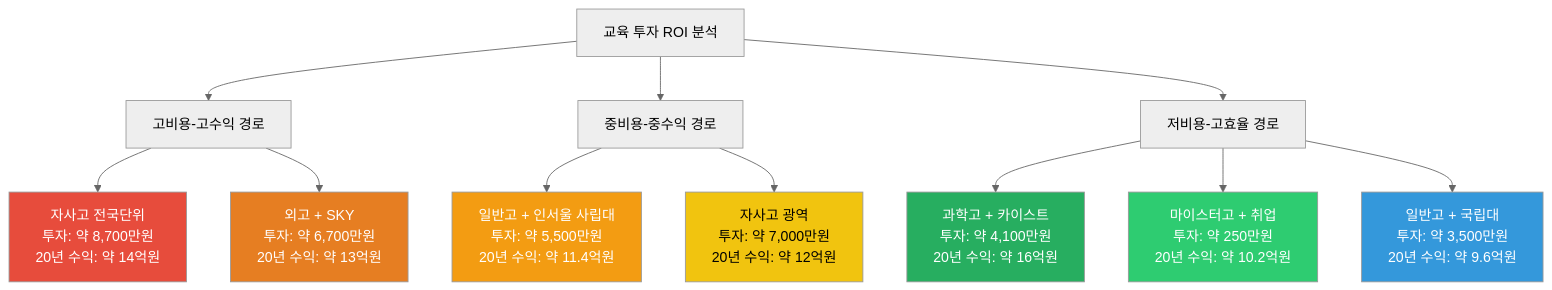
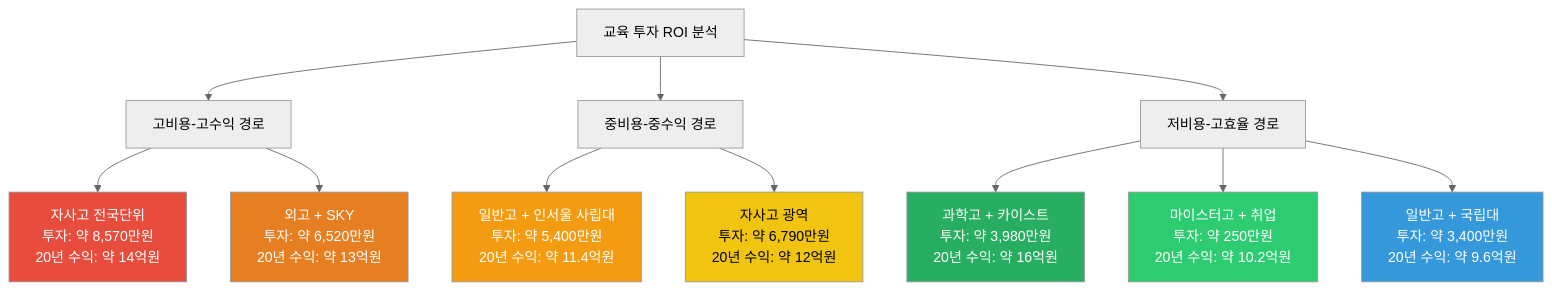
One commit to Collegenie-X/AI-career-path changed the fifth of 5 diagrams in frontend/public/resource-hub/parent_guide_financial_planning.md. Above: the diagram before and after it, drawn with Mermaid (neutral theme). The commit also changed other lines of this file and 5 other files, not shown here.

````diff
--- a/frontend/public/resource-hub/parent_guide_financial_planning.md
+++ b/frontend/public/resource-hub/parent_guide_financial_planning.md
@@ -728,24 +738,24 @@
 ```mermaid
 graph TD
     A[교육 투자 ROI 분석] --> B[고비용-고수익 경로]
     A --> C[중비용-중수익 경로]
     A --> D[저비용-고효율 경로]
     
-    B --> B1[자사고 전국단위<br/>투자: 약 8,700만원<br/>20년 수익: 약 14억원]
-    B --> B2[외고 + SKY<br/>투자: 약 6,700만원<br/>20년 수익: 약 13억원]
+    B --> B1[자사고 전국단위<br/>투자: 약 8,570만원<br/>20년 수익: 약 14억원]
+    B --> B2[외고 + SKY<br/>투자: 약 6,520만원<br/>20년 수익: 약 13억원]
     
-    C --> C1[일반고 + 인서울 사립대<br/>투자: 약 5,500만원<br/>20년 수익: 약 11.4억원]
-    C --> C2[자사고 광역<br/>투자: 약 7,000만원<br/>20년 수익: 약 12억원]
+    C --> C1[일반고 + 인서울 사립대<br/>투자: 약 5,400만원<br/>20년 수익: 약 11.4억원]
+    C --> C2[자사고 광역<br/>투자: 약 6,790만원<br/>20년 수익: 약 12억원]
     
-    D --> D1[과학고 + 카이스트<br/>투자: 약 4,100만원<br/>20년 수익: 약 16억원]
+    D --> D1[과학고 + 카이스트<br/>투자: 약 3,980만원<br/>20년 수익: 약 16억원]
     D --> D2[마이스터고 + 취업<br/>투자: 약 250만원<br/>20년 수익: 약 10.2억원]
-    D --> D3[일반고 + 국립대<br/>투자: 약 3,500만원<br/>20년 수익: 약 9.6억원]
+    D --> D3[일반고 + 국립대<br/>투자: 약 3,400만원<br/>20년 수익: 약 9.6억원]
     
     style B1 fill:#e74c3c,color:#fff
     style B2 fill:#e67e22,color:#fff
     style C1 fill:#f39c12,color:#fff
     style C2 fill:#f1c40f,color:#000
     style D1 fill:#27ae60,color:#fff
     style D2 fill:#2ecc71,color:#fff
     style D3 fill:#3498db,color:#fff
 ```
````
